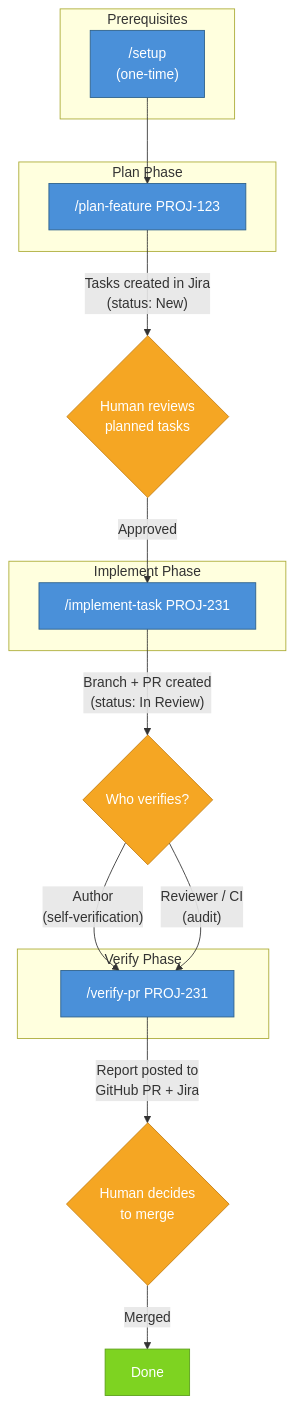
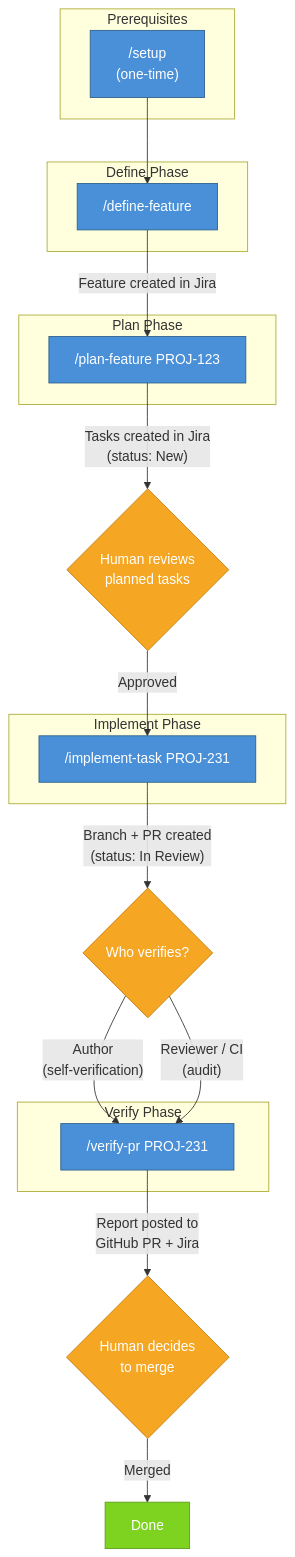
Before and after one commit to mrizzi/sdlc-plugins: the diagram in docs/workflow.md, drawn with Mermaid. The commit also changed other lines of this file and 3 other files, not shown here.

First line of the commit message:
feat(define-feature): add interactive Feature creation skill

````diff
--- a/docs/workflow.md
+++ b/docs/workflow.md
@@ -7,35 +7,40 @@
 ```mermaid
 flowchart TD
     subgraph Prerequisites
         setup["/setup\n(one-time)"]
+    end
+
+    subgraph Define Phase
+        define["/define-feature"]
     end
 
     subgraph Plan Phase
         plan["/plan-feature PROJ-123"]
     end
 
     subgraph Implement Phase
         implement["/implement-task PROJ-231"]
     end
 
     subgraph Verify Phase
         verify["/verify-pr PROJ-231"]
     end
 
-    setup --> plan
+    setup --> define
+    define -->|"Feature created in Jira"| plan
     plan -->|"Tasks created in Jira\n(status: New)"| human_review{"Human reviews\nplanned tasks"}
     human_review -->|Approved| implement
     implement -->|"Branch + PR created\n(status: In Review)"| verify_choice{"Who verifies?"}
     verify_choice -->|"Author\n(self-verification)"| verify
     verify_choice -->|"Reviewer / CI\n(audit)"| verify
     verify -->|"Report posted to\nGitHub PR + Jira"| merge_decision{"Human decides\nto merge"}
     merge_decision -->|Merged| done["Done"]
 
     classDef skill fill:#4a90d9,stroke:#2c5f8a,color:#fff
     classDef human fill:#f5a623,stroke:#c47d10,color:#fff
     classDef state fill:#7ed321,stroke:#5a9e18,color:#fff
 
-    class setup,plan,implement,verify skill
+    class setup,define,plan,implement,verify skill
     class human_review,verify_choice,merge_decision human
     class done state
 ```
````
